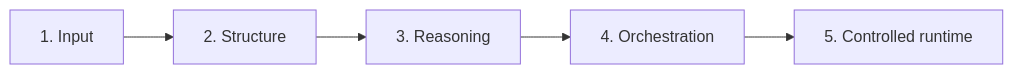
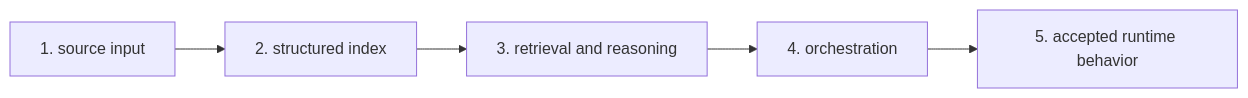
One commit to bijux/bijux.github.io changed the second of 2 diagrams in docs/02-projects/bijux-canon/index.md. Above: the diagram before and after it, drawn with Mermaid. The commit also changed other lines of this file, not shown here.

Commit message:
docs(projects): redraw canon knowledge flow

````diff
--- a/docs/02-projects/bijux-canon/index.md
+++ b/docs/02-projects/bijux-canon/index.md
@@ -108,7 +102,7 @@
 ```mermaid
 graph LR
-    input["1. Input"] --> structure["2. Structure"]
-    structure --> reasoning["3. Reasoning"]
-    reasoning --> orchestration["4. Orchestration"]
-    orchestration --> runtime["5. Controlled runtime"]
+    input["1. source input"] --> structure["2. structured index"]
+    structure --> reasoning["3. retrieval and reasoning"]
+    reasoning --> orchestration["4. orchestration"]
+    orchestration --> runtime["5. accepted runtime behavior"]
 ```
````
